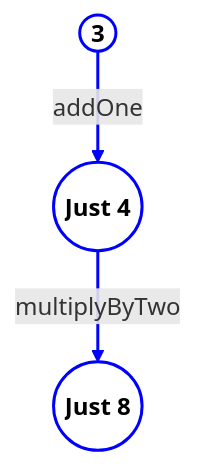
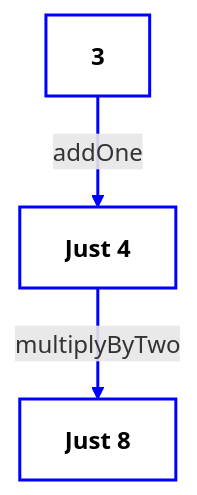
The fifth of 10 diagrams in posts/category-theory-functional-programming/index.qmd (antomon/antomon.github.io), drawn with Mermaid before and after one commit. The commit also changed other lines of this file and 6 other files, not shown here.

````diff
--- a/posts/category-theory-functional-programming/index.qmd
+++ b/posts/category-theory-functional-programming/index.qmd
@@ -245,11 +245,11 @@
 ```{mermaid}
-%%| fig-cap: "This diagram illustrates monad composition, where the `addOne` and `multiplyByTwo` functions are composed using monadic operations, resulting in a final value of `Just 8`"
+%%| fig-cap: "This diagram illustrates monad composition, where the `addOne` and `multiplyByTwo` functions are composed using monadic operations, resulting in a final value of `Just 8` "
 %%| fig-align: center
 
 graph TD
   classDef default fill:#ffffff,stroke:#0000ff,stroke-width:2px,color:#000000,font-weight:bold
   linkStyle default stroke:#0000ff,stroke-width:2px,fill:none
 
-  A((3)) -->|"addOne"| B((Just 4))
-  B -->|"multiplyByTwo"| C((Just 8))
+  A["3"] -->|"addOne"| B["Just 4"]
+  B -->|"multiplyByTwo"| C["Just 8"]
 ```
````
